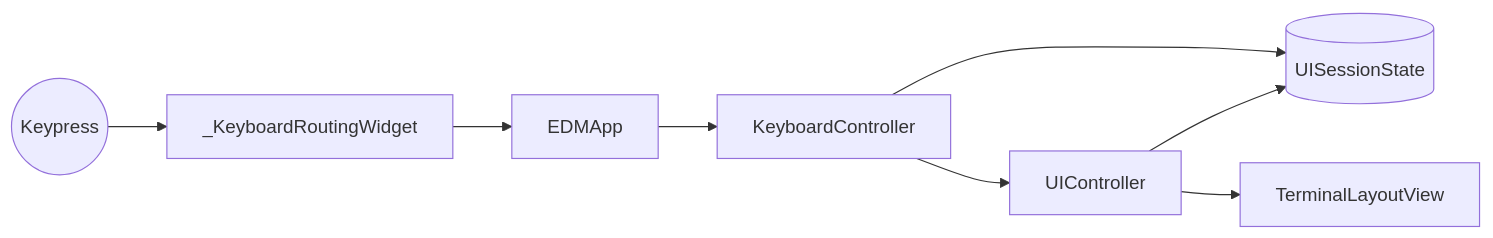
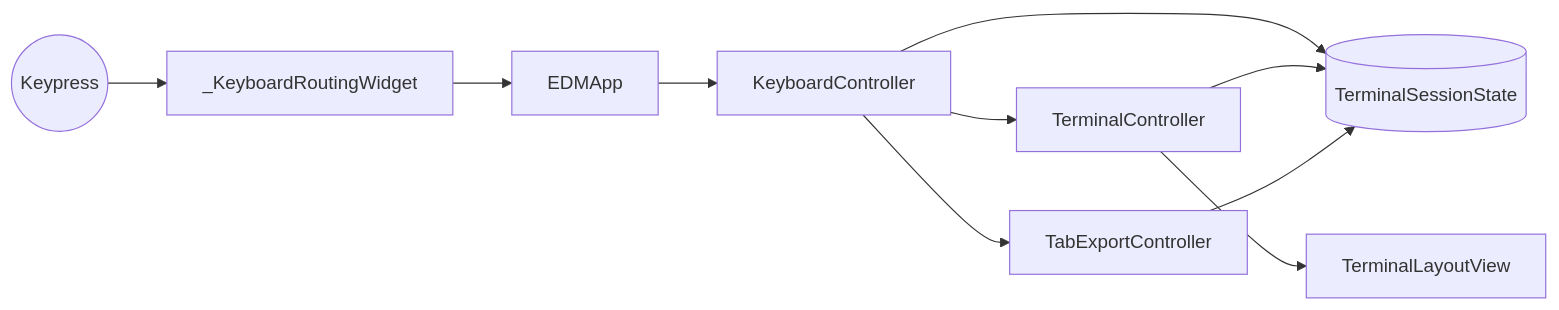
Before and after one commit to arabnejad/edm: the third of 5 diagrams in DEVELOPMENT_GUIDE.md, drawn with Mermaid. The commit also changed other lines of this file and 31 other files, not shown here.

Commit message:
Add active tab content export (#46)

````diff
--- a/DEVELOPMENT_GUIDE.md
+++ b/DEVELOPMENT_GUIDE.md
@@ -206,16 +222,19 @@
 ```mermaid
 flowchart LR
     Key((Keypress))
     Root[_KeyboardRoutingWidget]
     App[EDMApp]
     Keyboard[KeyboardController]
-    UI[UIController]
-    State[(UISessionState)]
+    UI[TerminalController]
+    Export[TabExportController]
+    State[(TerminalSessionState)]
     View[TerminalLayoutView]
 
     Key --> Root --> App --> Keyboard
     Keyboard --> State
     Keyboard --> UI
+    Keyboard --> Export
     UI --> State
+    Export --> State
     UI --> View
 ```
````
